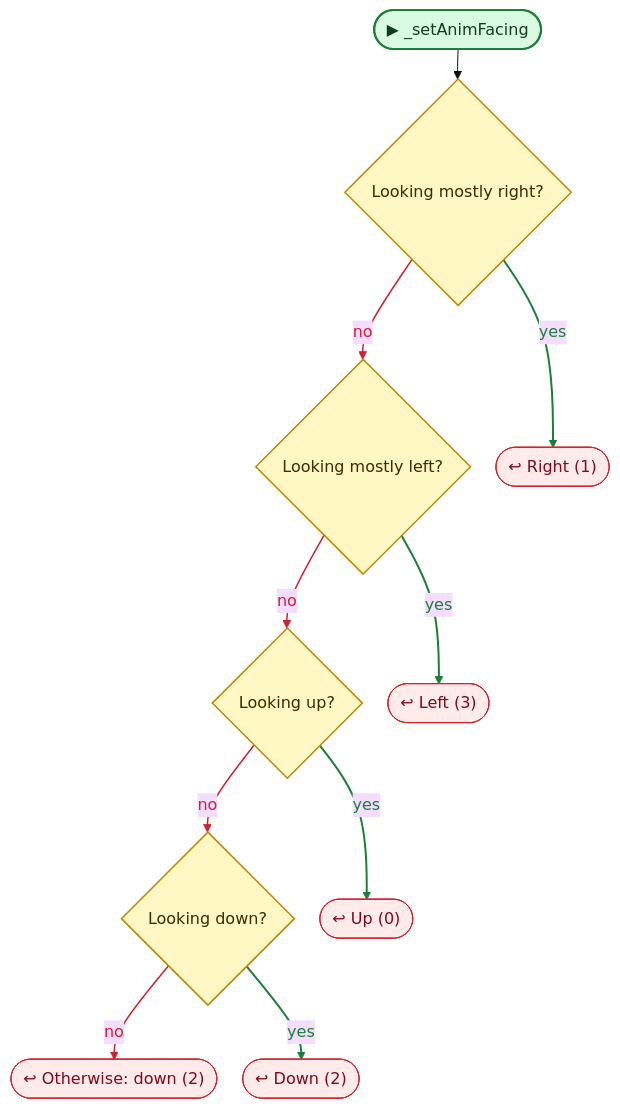
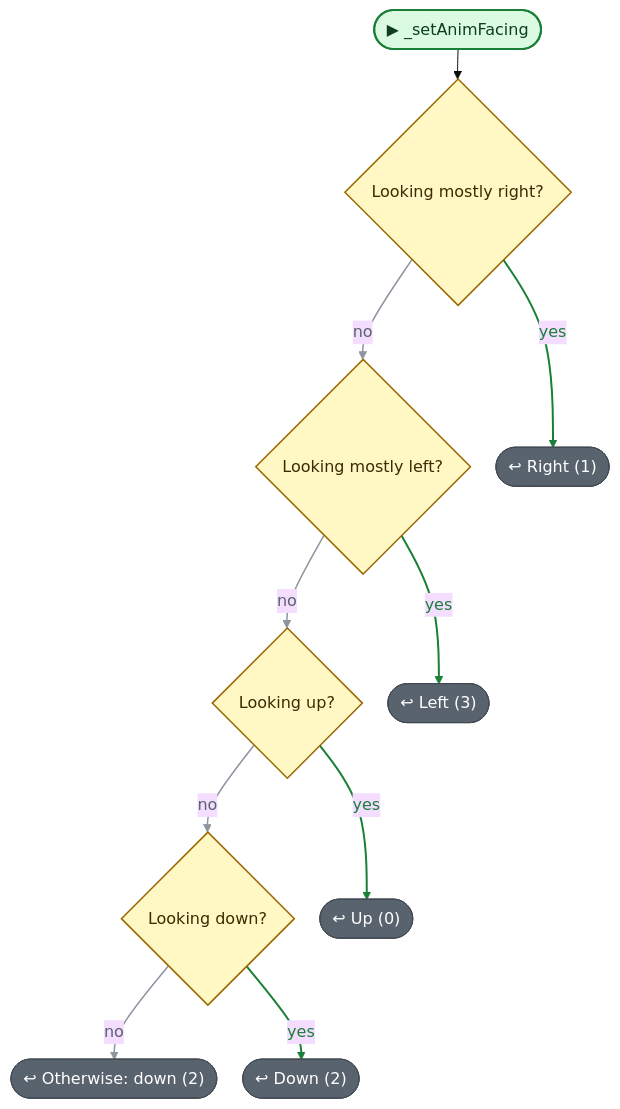
The third of 5 diagrams in CodeGraph~/graph/Character.cs.md (nataiai/Lord-of-the-Dungeon), drawn with Mermaid (base theme) before and after one commit. The commit also changed other lines of this file and 57 other files, not shown here.

````diff
--- a/CodeGraph~/graph/Character.cs.md
+++ b/CodeGraph~/graph/Character.cs.md
@@ -118,54 +120,54 @@
 ```mermaid
 ---
 config:
   flowchart:
     wrappingWidth: 260
     nodeSpacing: 26
     rankSpacing: 30
 ---
 flowchart TD
   nS(["▶ _setAnimFacing"])
   n101c2e{"Looking mostly right?"}
   na410f9{"Looking mostly left?"}
   n48213b{"Looking up?"}
   nc9de5c{"Looking down?"}
   nc156ab(["↩ Right (1)"])
   n4cc99d(["↩ Left (3)"])
   nd1011c(["↩ Up (0)"])
   n4674d1(["↩ Down (2)"])
   nedd5df(["↩ Otherwise: down (2)"])
   nS --> n101c2e
   n101c2e -->|no| na410f9
   n101c2e -->|yes| nc156ab
   na410f9 -->|no| n48213b
   na410f9 -->|yes| n4cc99d
   n48213b -->|no| nc9de5c
   n48213b -->|yes| nd1011c
   nc9de5c -->|no| nedd5df
   nc9de5c -->|yes| n4674d1
-  linkStyle 1 stroke:#cf222e,stroke-width:1.5px,color:#cf222e
+  linkStyle 1 stroke:#8c959f,stroke-width:1.5px,color:#59636e
   linkStyle 2 stroke:#1a7f37,stroke-width:2px,color:#1a7f37
-  linkStyle 3 stroke:#cf222e,stroke-width:1.5px,color:#cf222e
+  linkStyle 3 stroke:#8c959f,stroke-width:1.5px,color:#59636e
   linkStyle 4 stroke:#1a7f37,stroke-width:2px,color:#1a7f37
-  linkStyle 5 stroke:#cf222e,stroke-width:1.5px,color:#cf222e
+  linkStyle 5 stroke:#8c959f,stroke-width:1.5px,color:#59636e
   linkStyle 6 stroke:#1a7f37,stroke-width:2px,color:#1a7f37
-  linkStyle 7 stroke:#cf222e,stroke-width:1.5px,color:#cf222e
+  linkStyle 7 stroke:#8c959f,stroke-width:1.5px,color:#59636e
   linkStyle 8 stroke:#1a7f37,stroke-width:2px,color:#1a7f37
   classDef unity fill:#dafbe1,stroke:#1a7f37,stroke-width:2px,color:#0f3d1d
   classDef start fill:#dafbe1,stroke:#1a7f37,stroke-width:2px,color:#0f3d1d
-  classDef calc fill:#ffffff,stroke:#d0d7de,color:#57606a
+  classDef calc fill:#f6f8fa,stroke:#d1d9e0,color:#59636e
   classDef calls fill:#ddf4ff,stroke:#0969da,stroke-width:2px,color:#0a3069
-  classDef ext fill:#ddf4ff,stroke:#0969da,stroke-width:2px,stroke-dasharray:5 3,color:#0a3069
-  classDef cond fill:#fff8c5,stroke:#bf8700,stroke-width:1.5px,color:#3d2a00
-  classDef loop fill:#f6f8fa,stroke:#57606a,color:#1f2328
-  classDef exit fill:#ffebe9,stroke:#cf222e,color:#82071e
+  classDef ext fill:#f6f8fa,stroke:#59636e,stroke-width:1.5px,stroke-dasharray:5 5,color:#1f2328
+  classDef cond fill:#fff8c5,stroke:#9a6700,stroke-width:1.5px,color:#3d2a00
+  classDef loop fill:#fff8c5,stroke:#9a6700,color:#3d2a00
+  classDef wait fill:#fff8c5,stroke:#9a6700,color:#3d2a00
+  classDef exit fill:#59636e,stroke:#424a53,color:#ffffff
+  classDef fin fill:#59636e,stroke:#424a53,color:#ffffff
+  classDef act fill:#ffffff,stroke:#59636e,stroke-width:1.5px,color:#1f2328
   classDef kill fill:#ffebe9,stroke:#cf222e,stroke-width:2px,color:#82071e
-  classDef spawn fill:#dafbe1,stroke:#1a7f37,stroke-width:2px,color:#0f3d1d
-  classDef wait fill:#fff1e5,stroke:#bc4c00,color:#4d1d00
-  classDef fin fill:#eaeef2,stroke:#8c959f,color:#57606a
   classDef join fill:#d0d7de,stroke:#8c959f,color:#57606a
   classDef ghdr fill:#f5f9ff,stroke:#f5f9ff,color:#0a3069,font-weight:bold
   class n101c2e,na410f9,n48213b,nc9de5c cond
   class nc156ab,n4cc99d,nd1011c,n4674d1,nedd5df exit
   class nS start
 ```
````
